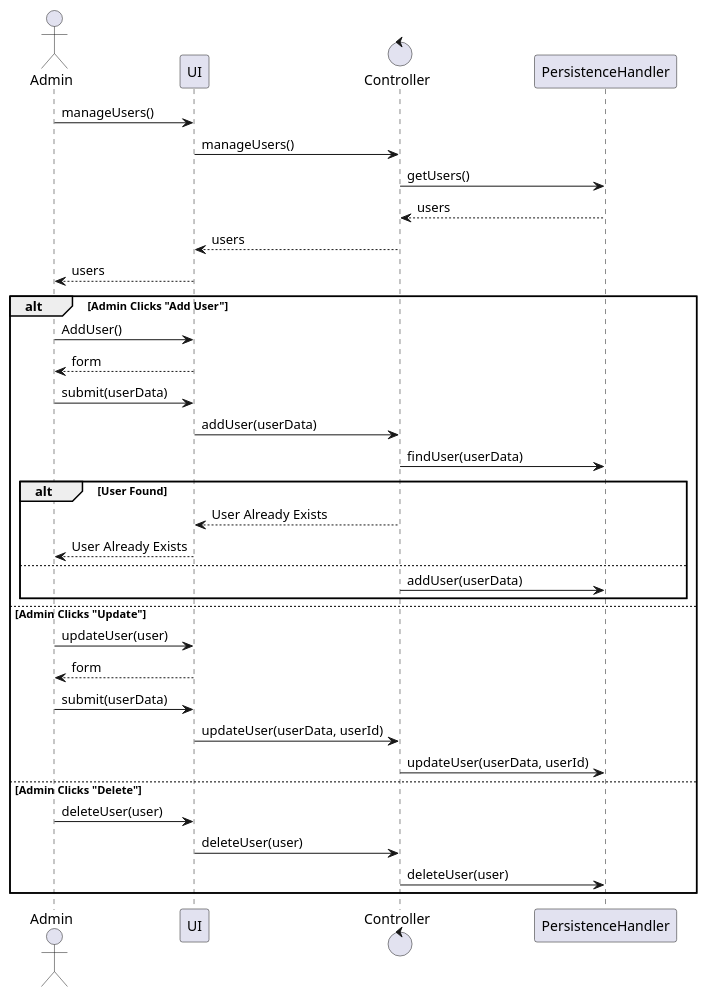
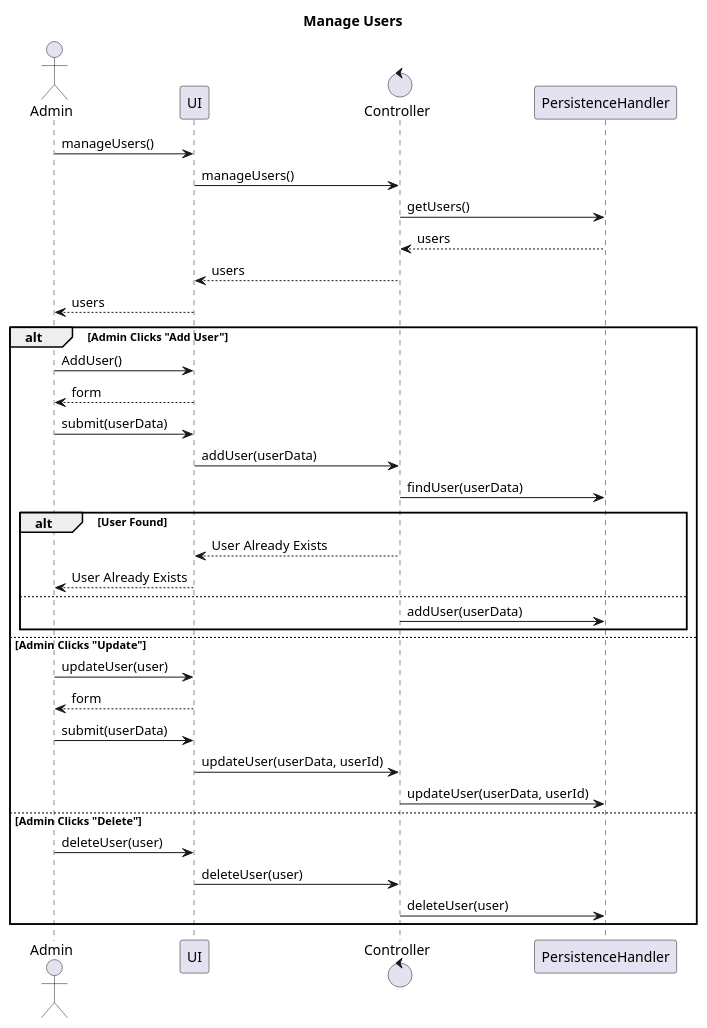
One commit to kabeer008/SystemDesignProject changed the diagram in manageUsers.puml. Above: the diagram before and after it, drawn with PlantUML. The commit also changed 1 other file, not shown here.

```diff
--- a/manageUsers.puml
+++ b/manageUsers.puml
@@ -1,53 +1,55 @@
 @startuml
+
+title Manage Users
 
 actor Admin
 participant UI
 
 'user managerial controller
 control Controller              
 participant PersistenceHandler
 
 
 Admin -> UI: manageUsers()
 UI->Controller: manageUsers()
 Controller->PersistenceHandler: getUsers()
 PersistenceHandler-->Controller: users
 Controller-->UI: users
 UI-->Admin: users
 
 alt Admin Clicks "Add User"
 
     Admin->UI: AddUser()
     UI-->Admin: form
     Admin->UI: submit(userData)
     UI->Controller: addUser(userData)
 
     Controller->PersistenceHandler: findUser(userData)
 
     alt User Found
         Controller-->UI: User Already Exists
         UI-->Admin: User Already Exists
 
     else
         Controller->PersistenceHandler: addUser(userData)
     end
 
 
 else Admin Clicks "Update"
 
     Admin->UI: updateUser(user)
     UI-->Admin: form
     Admin->UI: submit(userData)
 
     UI->Controller: updateUser(userData, userId)
     Controller->PersistenceHandler: updateUser(userData, userId)
 
 else Admin Clicks "Delete"
 
     Admin->UI:deleteUser(user)
     UI->Controller: deleteUser(user)
     Controller->PersistenceHandler: deleteUser(user)
 
 end
 
 @enduml
```
